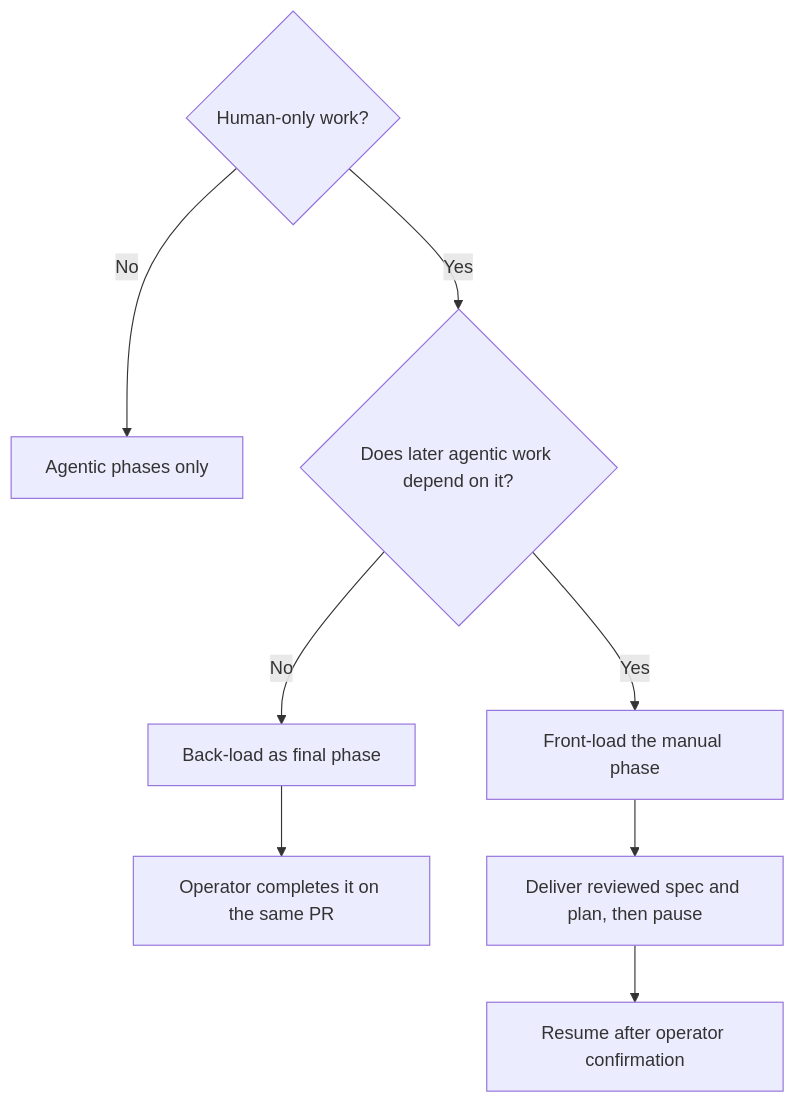
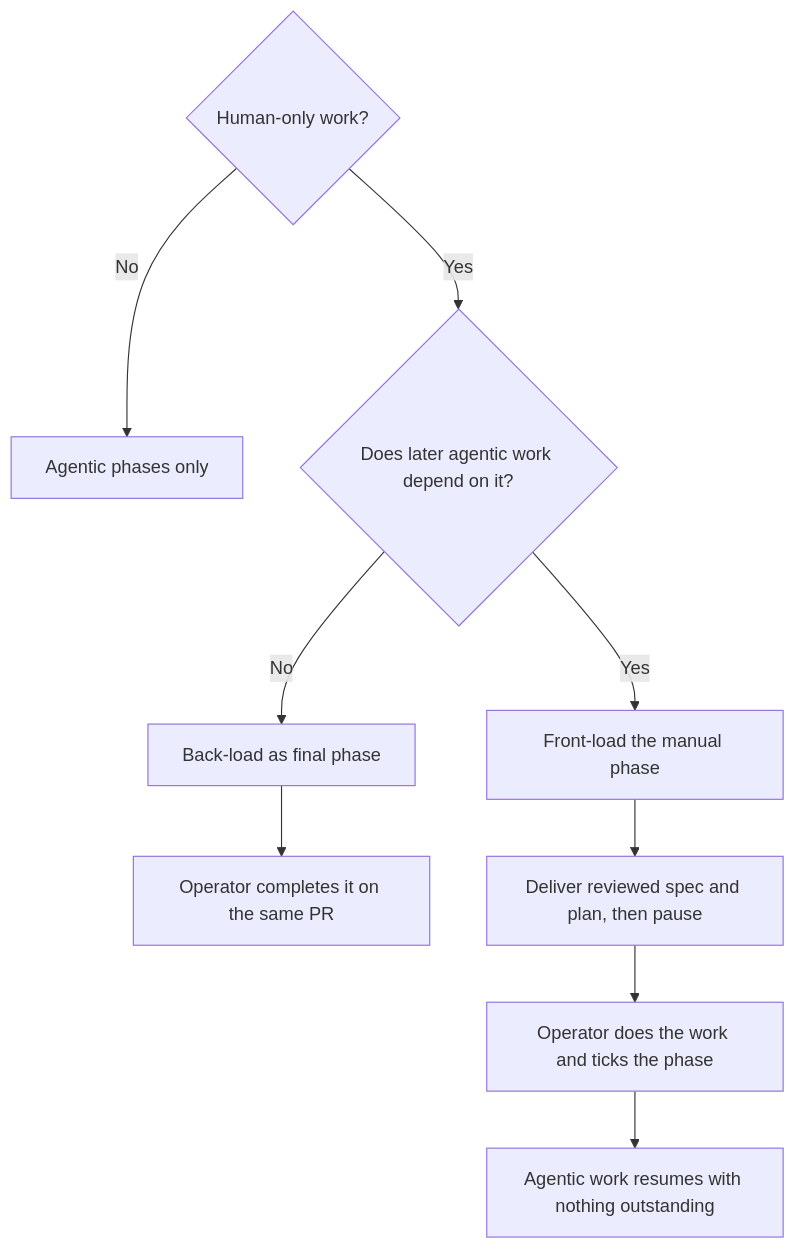
The second of 2 diagrams in docs/explainers/01-fr-goal.md (derio-net/super-fr), drawn with Mermaid before and after one commit. The commit also changed other lines of this file and 2 other files, not shown here.

````diff
--- a/docs/explainers/01-fr-goal.md
+++ b/docs/explainers/01-fr-goal.md
@@ -379,10 +393,11 @@
 ```mermaid
 flowchart TD
     A{Human-only work?} -->|No| B[Agentic phases only]
     A -->|Yes| C{Does later agentic work depend on it?}
     C -->|No| D[Back-load as final phase]
     D --> E[Operator completes it on the same PR]
     C -->|Yes| F[Front-load the manual phase]
     F --> G[Deliver reviewed spec and plan, then pause]
-    G --> H[Resume after operator confirmation]
+    G --> H[Operator does the work and ticks the phase]
+    H --> I[Agentic work resumes with nothing outstanding]
 ```
````
